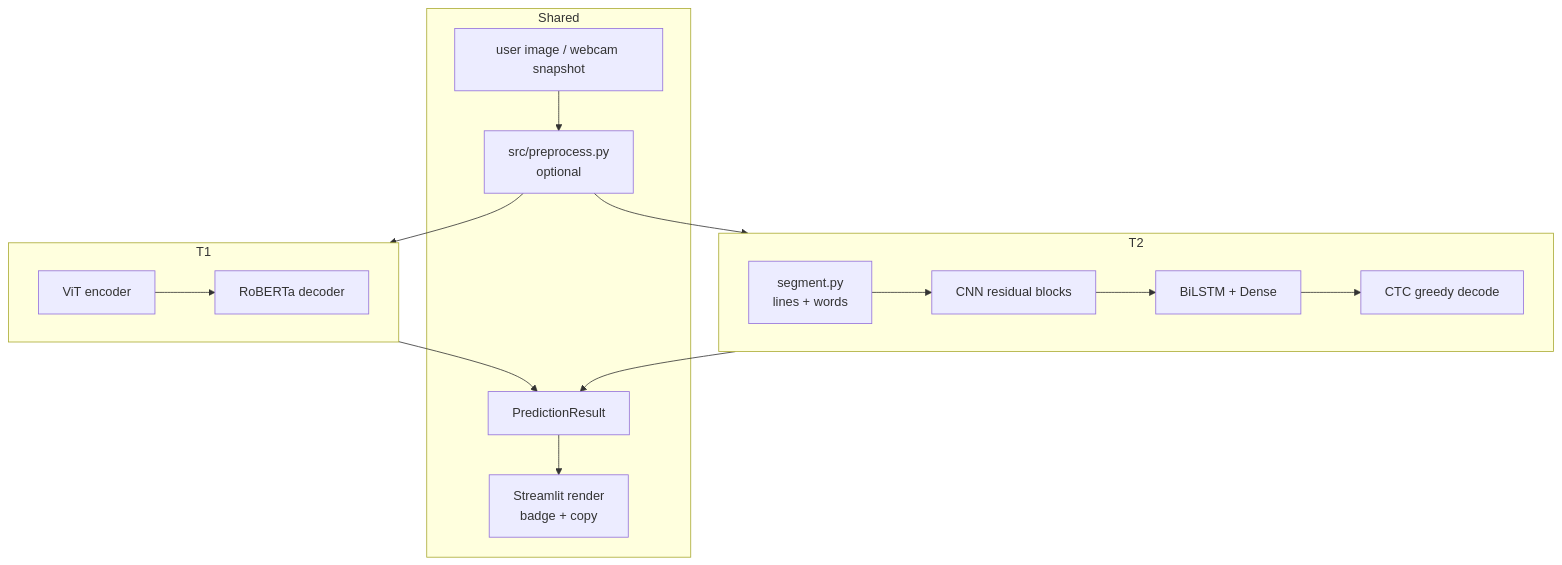
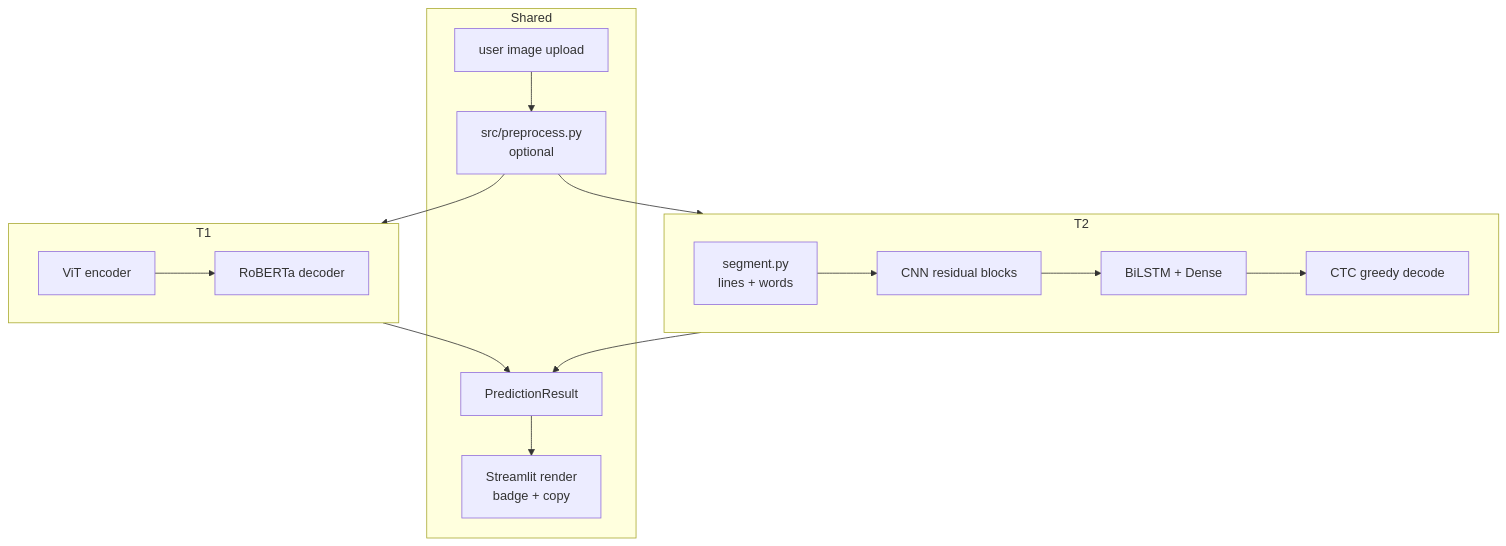
One commit to ThanhTamK4/handwriting-recognition changed the third of 3 diagrams in docs/MODELS.md. Above: the diagram before and after it, drawn with Mermaid. The commit also changed other lines of this file and 42 other files, not shown here.

Commit message:
Delete webcam function, add draw function and url / image paste instead. Also update the docs.

````diff
--- a/docs/MODELS.md
+++ b/docs/MODELS.md
@@ -177,31 +177,31 @@
 ```mermaid
 flowchart TD
     subgraph Shared
-        U[user image / webcam snapshot]
+        U[user image upload]
         P[src/preprocess.py<br/>optional]
         R[PredictionResult]
         V[Streamlit render<br/>badge + copy]
     end
 
     U --> P
     P --> T1[TrOCR Recognizer]
     P --> T2[mltu Recognizer]
 
     subgraph T1
         TX1[ViT encoder]
         TD1[RoBERTa decoder]
         TX1 --> TD1
     end
 
     subgraph T2
         SG[segment.py<br/>lines + words]
         CN[CNN residual blocks]
         LS[BiLSTM + Dense]
         CT[CTC greedy decode]
         SG --> CN --> LS --> CT
     end
 
     T1 --> R
     T2 --> R
     R --> V
 ```
````
